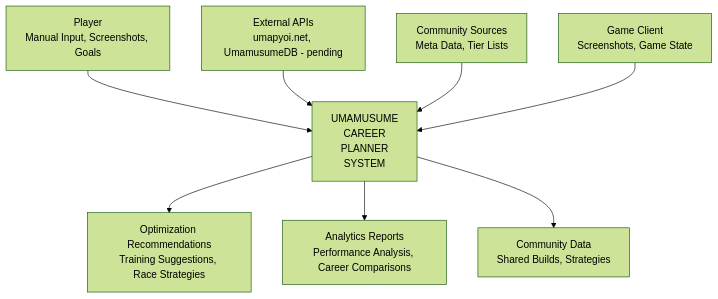
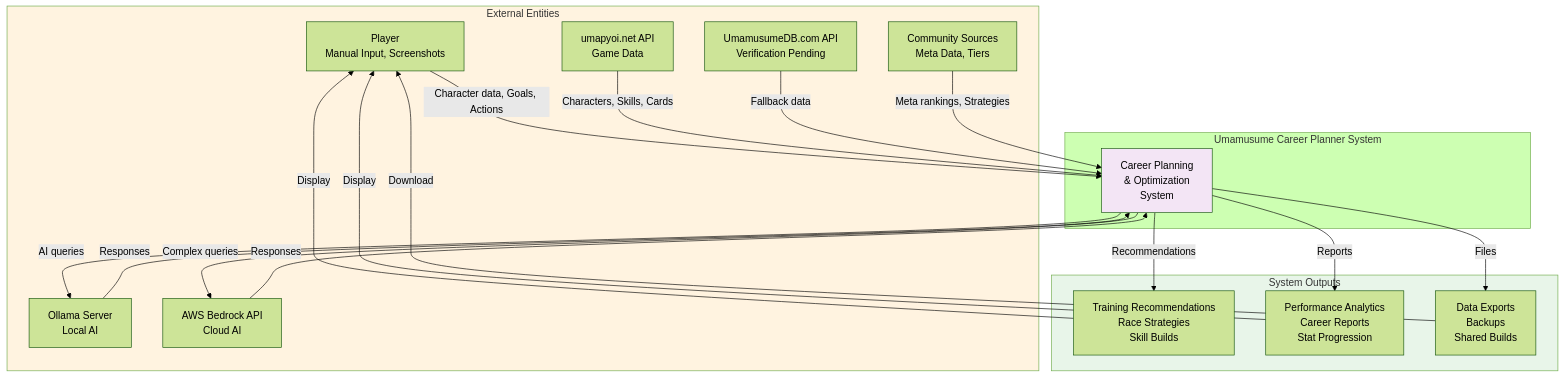
One commit to exatfrds67/umamusume-career-planner changed the second of 10 diagrams in docs/01-diagrams/data-flow-diagram.md. Above: the diagram before and after it, drawn with Mermaid (forest theme). The commit also changed other lines of this file and 67 other files, not shown here.

````diff
--- a/docs/01-diagrams/data-flow-diagram.md
+++ b/docs/01-diagrams/data-flow-diagram.md
@@ -52,22 +71,43 @@
 ```mermaid
-graph TB
-    Player[Player<br/>Manual Input, Screenshots, Goals]
-    APIs[External APIs<br/>umapyoi.net, UmamusumeDB - pending]
-    Community[Community Sources<br/>Meta Data, Tier Lists]
-    GameClient[Game Client<br/>Screenshots, Game State]
-
-    UmamusumeCareerPlanner[UMAMUSUME<br/>CAREER<br/>PLANNER<br/>SYSTEM]
-
-    OptRecommendations[Optimization Recommendations<br/>Training Suggestions, Race Strategies]
-    Analytics[Analytics Reports<br/>Performance Analysis, Career Comparisons]
-    CommunityData[Community Data<br/>Shared Builds, Strategies]
-
-    Player --> UmamusumeCareerPlanner
-    APIs --> UmamusumeCareerPlanner
-    Community --> UmamusumeCareerPlanner
-    GameClient --> UmamusumeCareerPlanner
-
-    UmamusumeCareerPlanner --> OptRecommendations
-    UmamusumeCareerPlanner --> Analytics
-    UmamusumeCareerPlanner --> CommunityData
+flowchart TB
+    subgraph External[External Entities]
+        Player[Player<br/>Manual Input, Screenshots]
+        UmapyoiAPI[umapyoi.net API<br/>Game Data]
+        UmamusumeDBAPI[UmamusumeDB.com API<br/>Verification Pending]
+        Community[Community Sources<br/>Meta Data, Tiers]
+        OllamaServer[Ollama Server<br/>Local AI]
+        BedrockAPI[AWS Bedrock API<br/>Cloud AI]
+    end
+    
+    subgraph System[Umamusume Career Planner System]
+        Core[Career Planning<br/>& Optimization<br/>System]
+    end
+    
+    subgraph Outputs[System Outputs]
+        Recommendations[Training Recommendations<br/>Race Strategies<br/>Skill Builds]
+        Analytics[Performance Analytics<br/>Career Reports<br/>Stat Progression]
+        Exports[Data Exports<br/>Backups<br/>Shared Builds]
+    end
+    
+    Player -->|Character data, Goals, Actions| Core
+    UmapyoiAPI -->|Characters, Skills, Cards| Core
+    UmamusumeDBAPI -->|Fallback data| Core
+    Community -->|Meta rankings, Strategies| Core
+    
+    Core -->|AI queries| OllamaServer
+    Core -->|Complex queries| BedrockAPI
+    OllamaServer -->|Responses| Core
+    BedrockAPI -->|Responses| Core
+    
+    Core -->|Recommendations| Recommendations
+    Core -->|Reports| Analytics
+    Core -->|Files| Exports
+    
+    Recommendations -->|Display| Player
+    Analytics -->|Display| Player
+    Exports -->|Download| Player
+    
+    style Core fill:#f3e5f5
+    style External fill:#fff3e0
+    style Outputs fill:#e8f5e9
 ```
````
